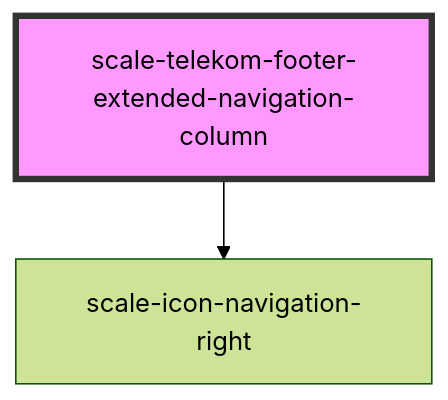
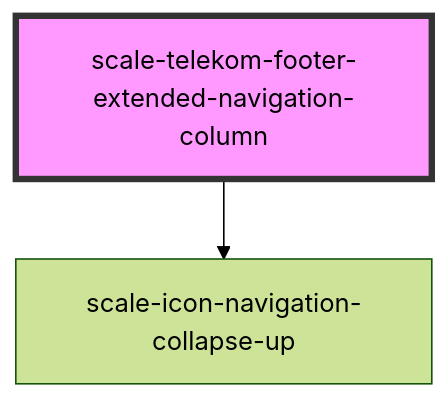
Before and after one commit to telekom/scale: the diagram in packages/components/src/components/telekom/telekom-footer-extended-navigation/readme.md, drawn with Mermaid (forest theme). The commit also changed other lines of this file and 1 other file, not shown here.

````diff
--- a/packages/components/src/components/telekom/telekom-footer-extended-navigation/readme.md
+++ b/packages/components/src/components/telekom/telekom-footer-extended-navigation/readme.md
@@ -32,5 +33,5 @@
 ```mermaid
 graph TD;
-  scale-telekom-footer-extended-navigation-column --> scale-icon-navigation-right
+  scale-telekom-footer-extended-navigation-column --> scale-icon-navigation-collapse-up
   style scale-telekom-footer-extended-navigation-column fill:#f9f,stroke:#333,stroke-width:4px
 ```
````
